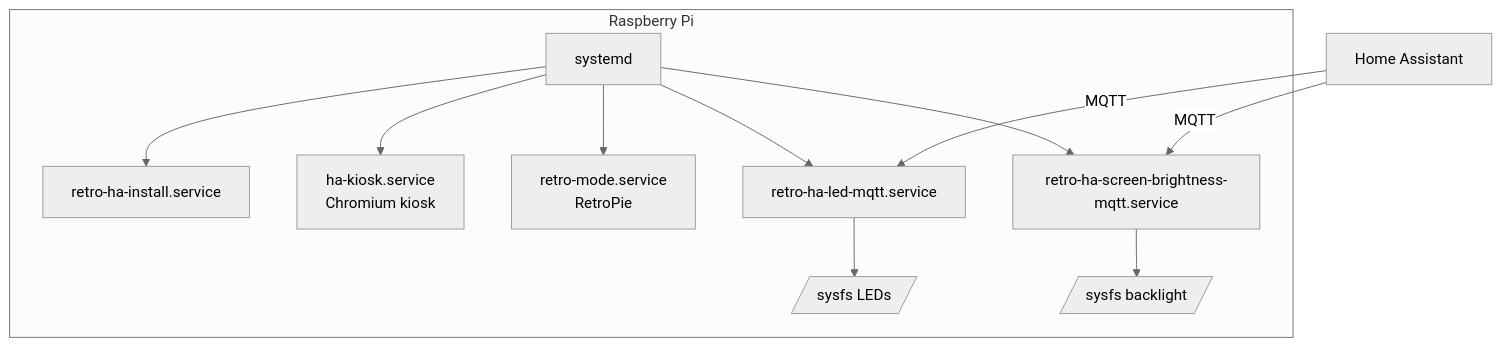
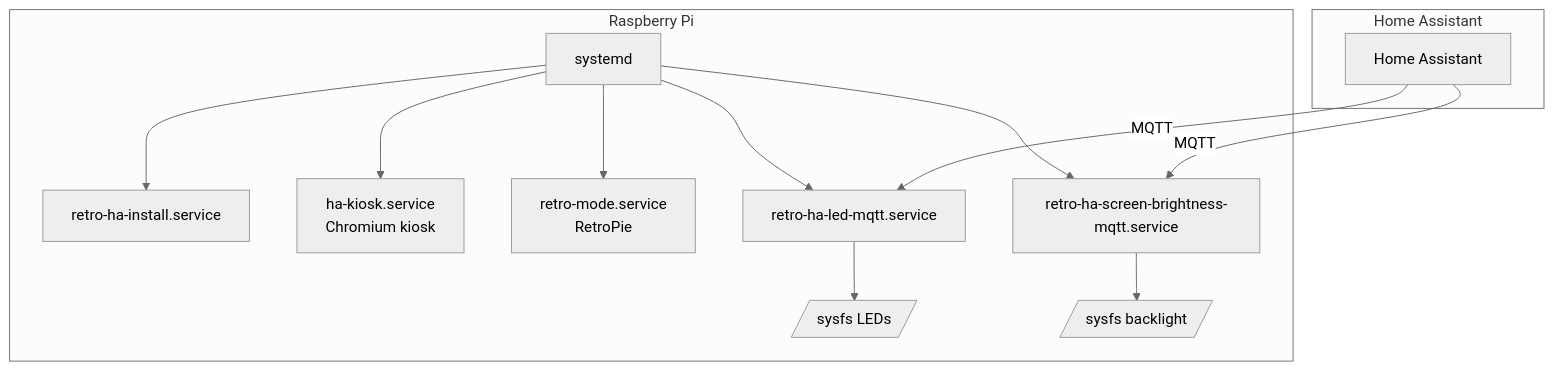
One commit to theaussiepom/kiosk-retropie changed the first of 3 diagrams in docs/architecture.md. Above: the diagram before and after it, drawn with Mermaid (neutral theme). The commit also changed 9 other files, not shown here.

Commit message:
ci: fix executable bits; tweak mermaid grouping

````diff
--- a/docs/architecture.md
+++ b/docs/architecture.md
@@ -35,25 +35,29 @@
 ```mermaid
 flowchart TD
   subgraph PI[Raspberry Pi]
     SYSTEMD[systemd]
     INSTALL[retro-ha-install.service]
     KIOSK["ha-kiosk.service<br/>Chromium kiosk"]
     RETRO["retro-mode.service<br/>RetroPie"]
     LED[retro-ha-led-mqtt.service]
     BRIGHT[retro-ha-screen-brightness-mqtt.service]
     SYSLED[/sysfs LEDs/]
     SYSBL[/sysfs backlight/]
   end
 
+  subgraph HA_BOX[Home Assistant]
+    HA[Home Assistant]
+  end
+
   SYSTEMD --> INSTALL
   SYSTEMD --> KIOSK
   SYSTEMD --> RETRO
   SYSTEMD --> LED
   SYSTEMD --> BRIGHT
 
-  HA[Home Assistant] -- MQTT --> LED
+  HA -- MQTT --> LED
   HA -- MQTT --> BRIGHT
 
   LED --> SYSLED
   BRIGHT --> SYSBL
 ```
````
